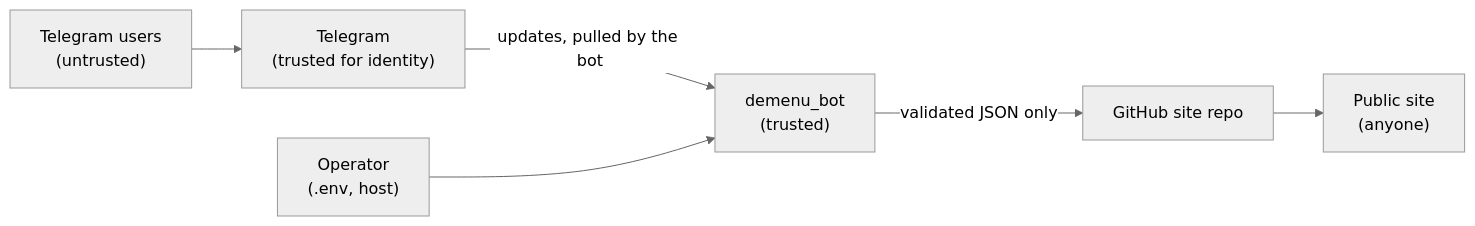
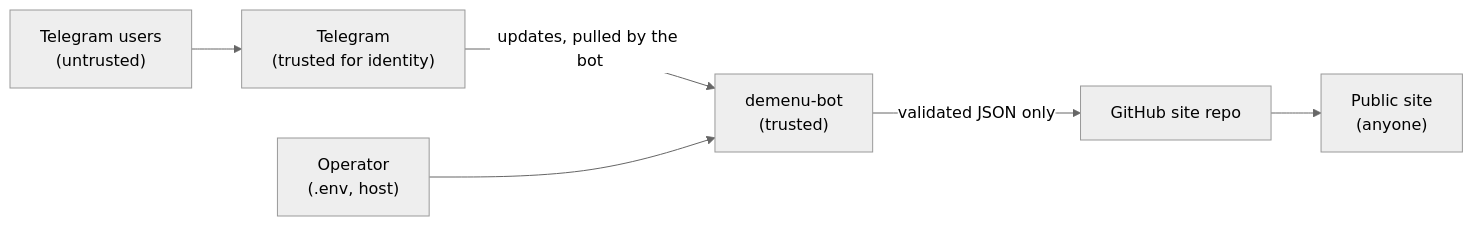
Before and after one commit to luis-serrano-l/decarta-bot: the diagram in docs/explanation/threat-model.md, drawn with Mermaid (neutral theme). The commit also changed 25 other files, not shown here.

First line of the commit message:
chore: rename project from demenu_bot to demenu-bot

````diff
--- a/docs/explanation/threat-model.md
+++ b/docs/explanation/threat-model.md
@@ -21,8 +21,8 @@
 ```mermaid
 flowchart LR
     U["Telegram users<br/>(untrusted)"] --> T["Telegram<br/>(trusted for identity)"]
-    T -->|"updates, pulled by the bot"| B["demenu_bot<br/>(trusted)"]
+    T -->|"updates, pulled by the bot"| B["demenu-bot<br/>(trusted)"]
     B -->|"validated JSON only"| G["GitHub site repo"]
     G --> P["Public site<br/>(anyone)"]
     O["Operator<br/>(.env, host)"] --> B
 ```
````
